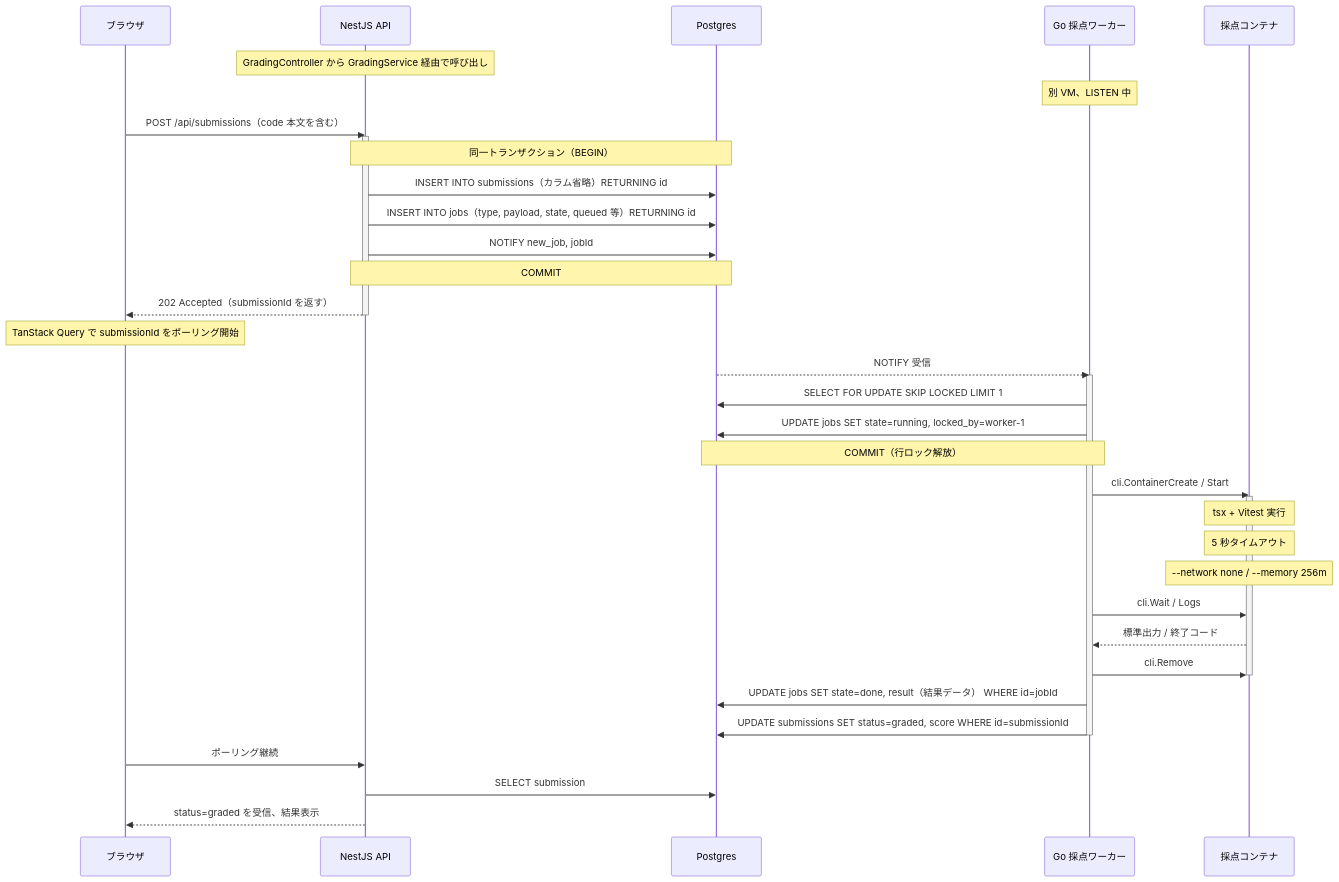
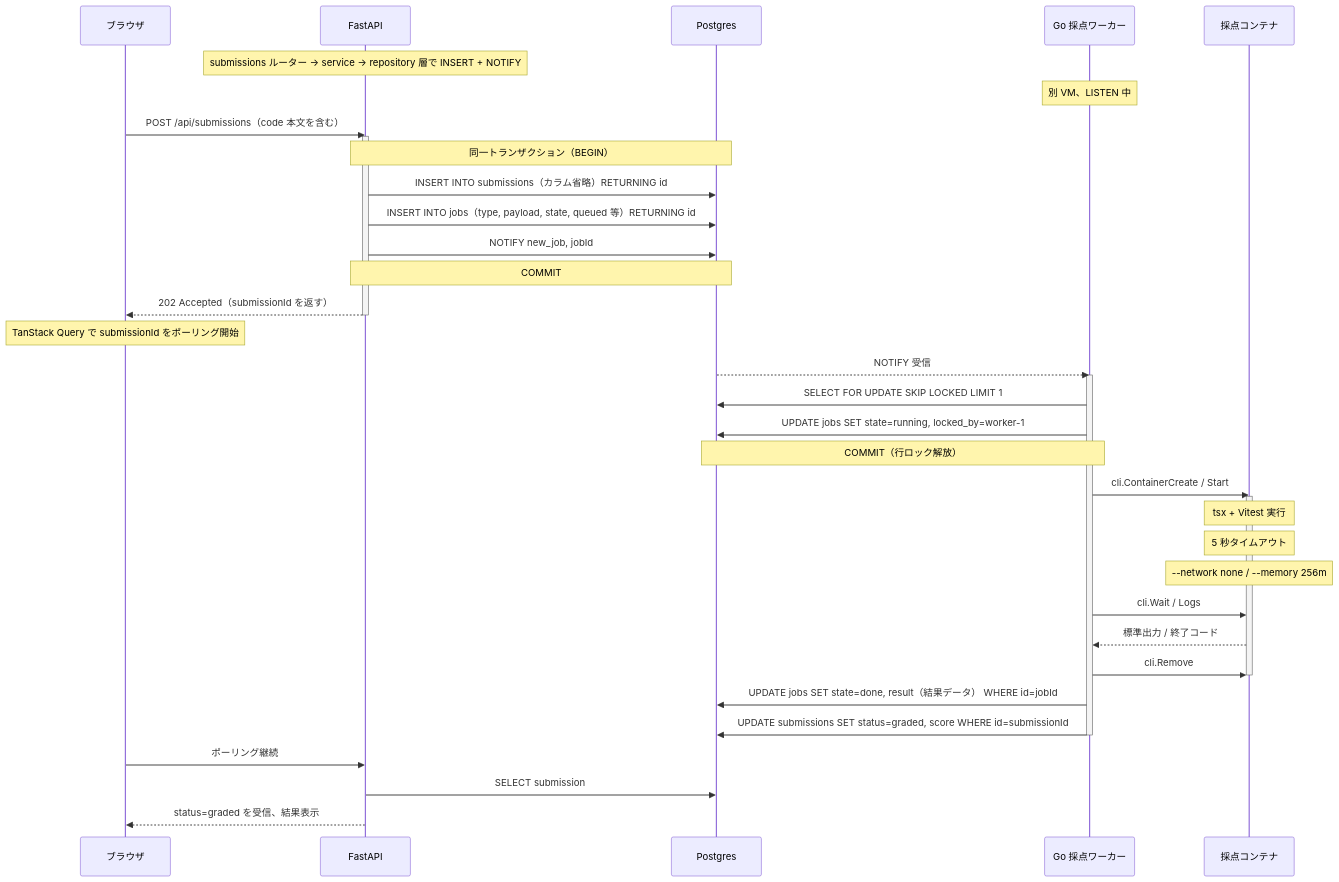
Before and after one commit to yzanbo/ai-coding-drill-python: the second of 2 diagrams in SYSTEM_OVERVIEW.md, drawn with Mermaid. The commit also changed other lines of this file and 5 other files, not shown here.

````diff
--- a/SYSTEM_OVERVIEW.md
+++ b/SYSTEM_OVERVIEW.md
@@ -101,47 +112,47 @@
 ```mermaid
 sequenceDiagram
     participant Browser as ブラウザ
-    participant API as NestJS API
+    participant API as FastAPI
     participant DB as Postgres
     participant Worker as Go 採点ワーカー
     participant Sandbox as 採点コンテナ
 
-    Note over API: GradingController から GradingService 経由で呼び出し
+    Note over API: submissions ルーター → service → repository 層で INSERT + NOTIFY
     Note over Worker: 別 VM、LISTEN 中
 
     Browser->>API: POST /api/submissions（code 本文を含む）
     activate API
     Note over API,DB: 同一トランザクション（BEGIN）
     API->>DB: INSERT INTO submissions（カラム省略）RETURNING id
     API->>DB: INSERT INTO jobs（type, payload, state, queued 等）RETURNING id
     API->>DB: NOTIFY new_job, jobId
     Note over API,DB: COMMIT
     API-->>Browser: 202 Accepted（submissionId を返す）
     deactivate API
 
     Note over Browser: TanStack Query で submissionId をポーリング開始
 
     DB-->>Worker: NOTIFY 受信
     activate Worker
     Worker->>DB: SELECT FOR UPDATE SKIP LOCKED LIMIT 1
     Worker->>DB: UPDATE jobs SET state=running, locked_by=worker-1
     Note over Worker,DB: COMMIT（行ロック解放）
 
     Worker->>Sandbox: cli.ContainerCreate / Start
     activate Sandbox
     Note over Sandbox: tsx + Vitest 実行
     Note over Sandbox: 5 秒タイムアウト
     Note over Sandbox: --network none / --memory 256m
     Worker->>Sandbox: cli.Wait / Logs
     Sandbox-->>Worker: 標準出力 / 終了コード
     Worker->>Sandbox: cli.Remove
     deactivate Sandbox
 
     Worker->>DB: UPDATE jobs SET state=done, result（結果データ） WHERE id=jobId
     Worker->>DB: UPDATE submissions SET status=graded, score WHERE id=submissionId
     deactivate Worker
 
     Browser->>API: ポーリング継続
     API->>DB: SELECT submission
     API-->>Browser: status=graded を受信、結果表示
 ```
````
